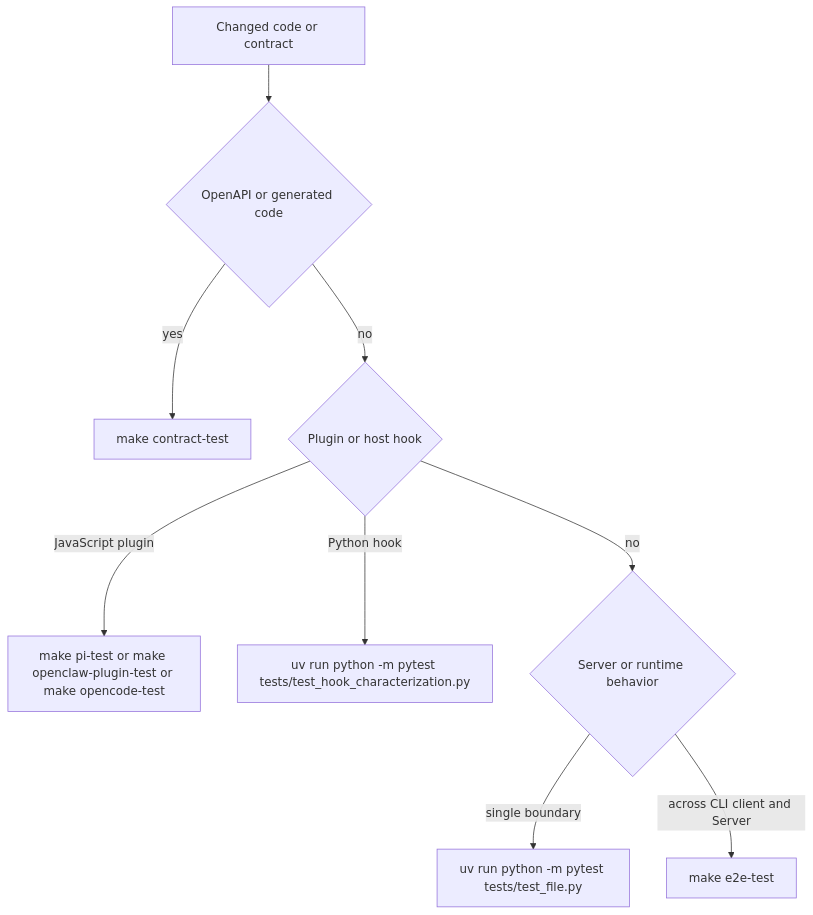
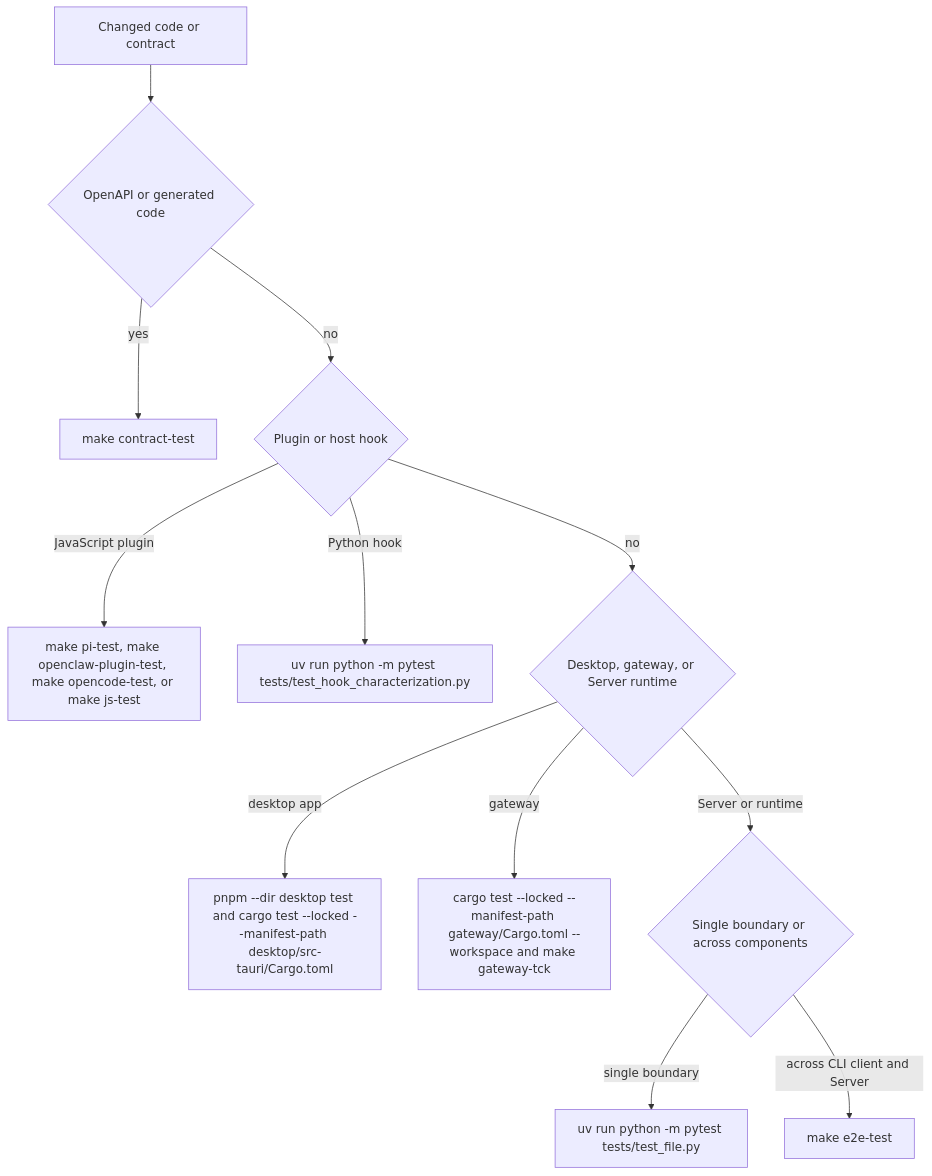
The diagram in openwiki/testing/test-map.md (vieGPT/powercontext-enigma-agent-memory), drawn with Mermaid before and after one commit. The commit also changed other lines of this file and 69 other files, not shown here.

````diff
--- a/openwiki/testing/test-map.md
+++ b/openwiki/testing/test-map.md
@@ -57,11 +81,14 @@
 ```mermaid
 flowchart TD
   Start["Changed code or contract"] --> Contract{"OpenAPI or generated code"}
   Contract -->|yes| ContractCheck["make contract-test"]
   Contract -->|no| Plugin{"Plugin or host hook"}
-  Plugin -->|JavaScript plugin| JsCheck["make pi-test or make openclaw-plugin-test or make opencode-test"]
+  Plugin -->|JavaScript plugin| JsCheck["make pi-test, make openclaw-plugin-test, make opencode-test, or make js-test"]
   Plugin -->|Python hook| HookCheck["uv run python -m pytest tests/test_hook_characterization.py"]
-  Plugin -->|no| Core{"Server or runtime behavior"}
+  Plugin -->|no| Surface{"Desktop, gateway, or Server runtime"}
+  Surface -->|desktop app| DesktopCheck["pnpm --dir desktop test and cargo test --locked --manifest-path desktop/src-tauri/Cargo.toml"]
+  Surface -->|gateway| GatewayCheck["cargo test --locked --manifest-path gateway/Cargo.toml --workspace and make gateway-tck"]
+  Surface -->|Server or runtime| Core{"Single boundary or across components"}
   Core -->|single boundary| Focused["uv run python -m pytest tests/test_file.py"]
   Core -->|across CLI client and Server| E2E["make e2e-test"]
 ```
````
